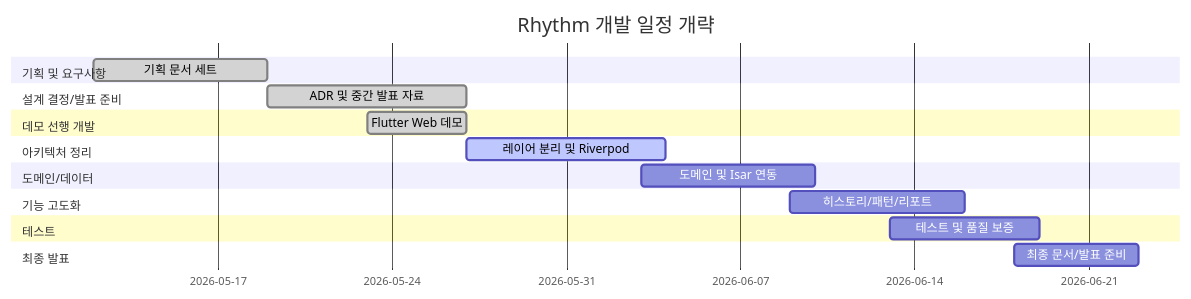
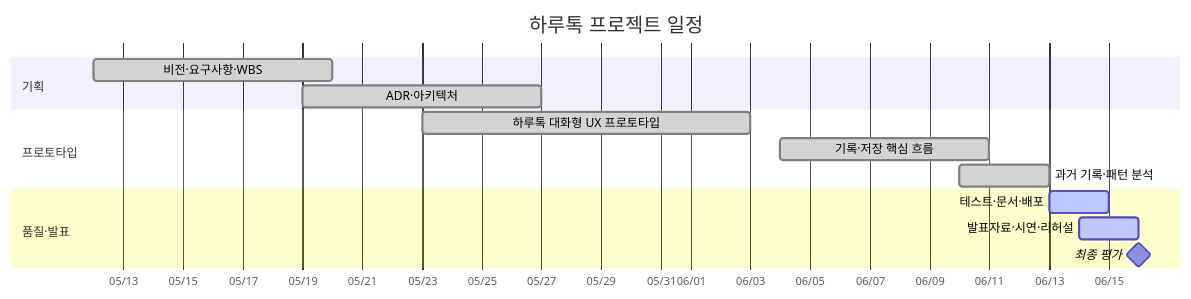
The diagram in .planning/02-wbs.md (yseho031018/rhythm-archive), drawn with Mermaid before and after one commit. The commit also changed other lines of this file and 65 other files, not shown here.

Commit message:
feat: 하루톡 최종 프로토타입 및 발표 준비 정리

````diff
--- a/.planning/02-wbs.md
+++ b/.planning/02-wbs.md
@@ -47,21 +39,20 @@
 ```mermaid
 gantt
-    title Rhythm 개발 일정 개략
-    dateFormat  YYYY-MM-DD
-    section 기획 및 요구사항
-    기획 문서 세트          :done,    plan, 2026-05-12, 7d
-    section 설계 결정/발표 준비
-    ADR 및 중간 발표 자료   :done,    adr, 2026-05-19, 8d
-    section 데모 선행 개발
-    Flutter Web 데모        :done,    demo, 2026-05-23, 4d
-    section 아키텍처 정리
-    레이어 분리 및 Riverpod :active,  refactor, 2026-05-27, 8d
-    section 도메인/데이터
-    도메인 및 Isar 연동     :         domain, 2026-06-03, 7d
-    section 기능 고도화
-    히스토리/패턴/리포트    :         feature, 2026-06-09, 7d
-    section 테스트
-    테스트 및 품질 보증     :         test, 2026-06-13, 6d
-    section 최종 발표
-    최종 문서/발표 준비     :         final, 2026-06-18, 5d
+  title 하루톡 프로젝트 일정
+  dateFormat YYYY-MM-DD
+  axisFormat %m/%d
+
+  section 기획
+  비전·요구사항·WBS           :done, plan, 2026-05-12, 8d
+  ADR·아키텍처                :done, arch, 2026-05-19, 8d
+
+  section 프로토타입
+  하루톡 대화형 UX 프로토타입 :done, ux, 2026-05-23, 11d
+  기록·저장 핵심 흐름         :done, core, 2026-06-04, 7d
+  과거 기록·패턴 분석         :done, feature, 2026-06-10, 3d
+
+  section 품질·발표
+  테스트·문서·배포            :active, quality, 2026-06-13, 2d
+  발표자료·시연·리허설        :active, present, 2026-06-14, 2d
+  최종 평가                   :milestone, exam, 2026-06-16, 0d
 ```
````
